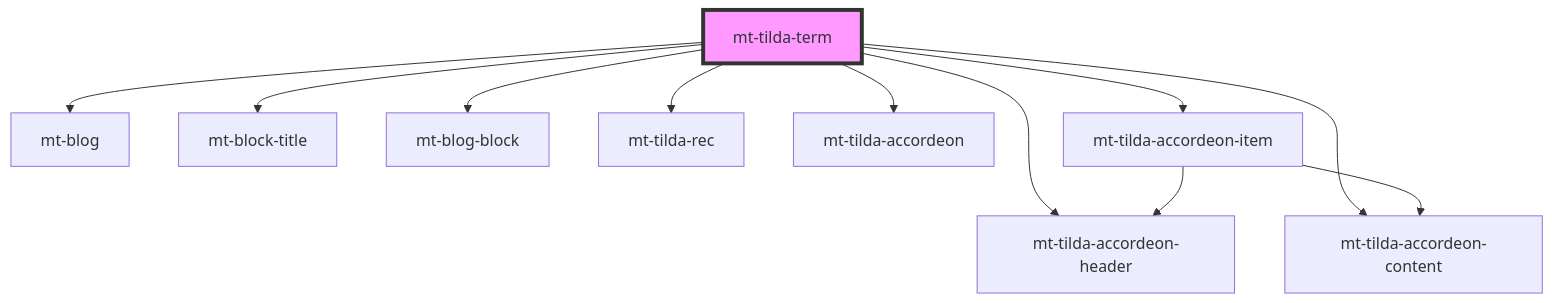
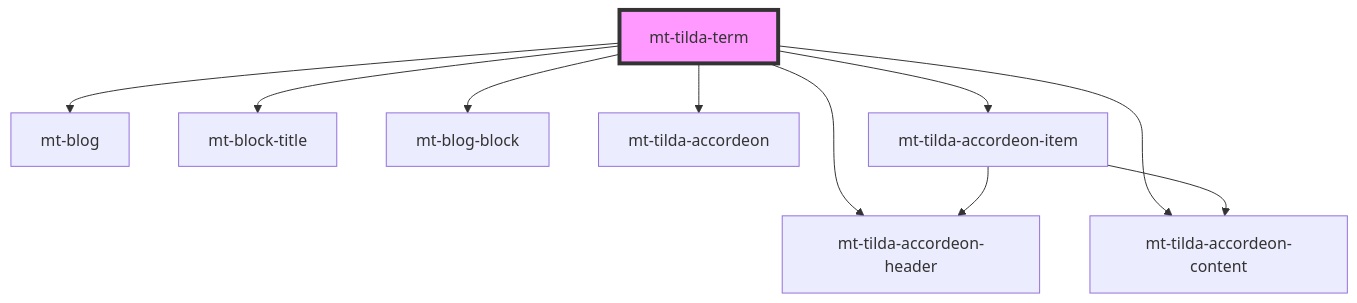
One commit to elpupi/stencil changed the diagram in src/components/tilda/mt-tilda-term/readme.md. Above: the diagram before and after it, drawn with Mermaid. The commit also changed other lines of this file and 26 other files, not shown here.

Commit message:
init blocks in mt-tilda-rec + fix accordeon with jquery

````diff
--- a/src/components/tilda/mt-tilda-term/readme.md
+++ b/src/components/tilda/mt-tilda-term/readme.md
@@ -45,14 +44,13 @@
 ```mermaid
 graph TD;
   mt-tilda-term --> mt-blog
   mt-tilda-term --> mt-block-title
   mt-tilda-term --> mt-blog-block
-  mt-tilda-term --> mt-tilda-rec
   mt-tilda-term --> mt-tilda-accordeon
   mt-tilda-term --> mt-tilda-accordeon-item
   mt-tilda-term --> mt-tilda-accordeon-header
   mt-tilda-term --> mt-tilda-accordeon-content
   mt-tilda-accordeon-item --> mt-tilda-accordeon-header
   mt-tilda-accordeon-item --> mt-tilda-accordeon-content
   style mt-tilda-term fill:#f9f,stroke:#333,stroke-width:4px
 ```
````
